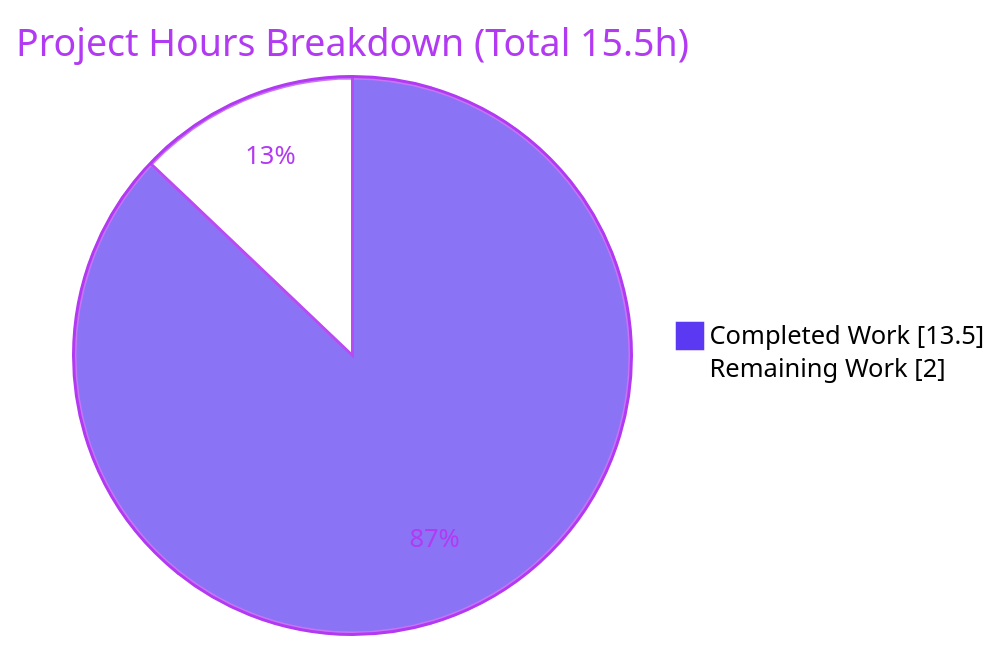
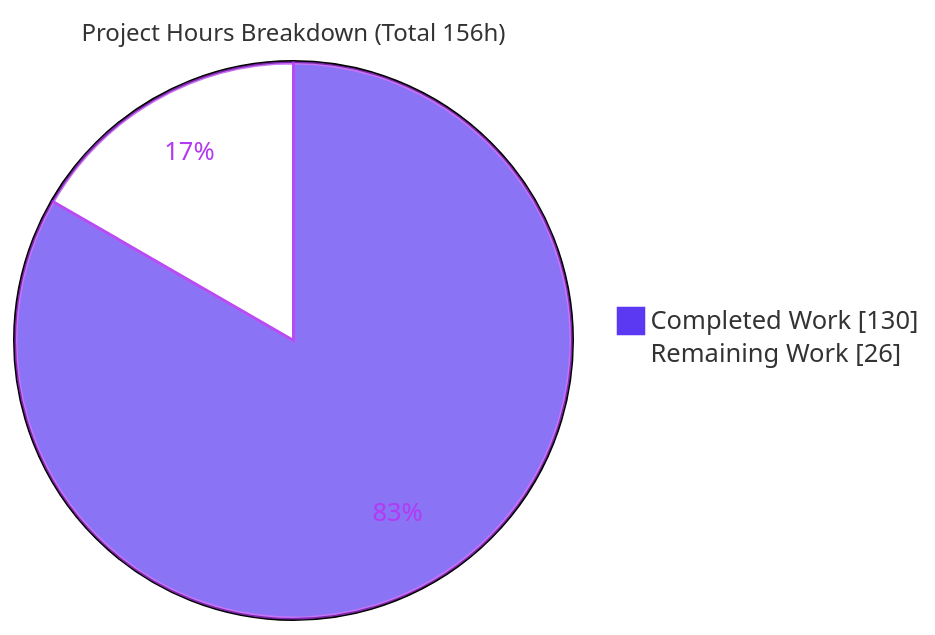
One commit to Blitzy-Sandbox/Cataclysm-DDA changed the second of 3 diagrams in blitzy/documentation/Project Guide.md. Above: the diagram before and after it, drawn with Mermaid. The commit also changed other lines of this file, not shown here.

Commit message:
Adding Blitzy Project Guide: Project Status and Human Tasks Remaining

````diff
--- a/blitzy/documentation/Project Guide.md
+++ b/blitzy/documentation/Project Guide.md
@@ -173,6 +208,6 @@
 ```mermaid
-%%{init: {'theme':'base','themeVariables':{'pie1':'#5B39F3','pie2':'#FFFFFF','pieStrokeColor':'#B23AF2','pieOuterStrokeColor':'#B23AF2','pieTitleTextColor':'#B23AF2','pieSectionTextColor':'#B23AF2','pieLegendTextColor':'#000000'}}}%%
-pie showData title Project Hours Breakdown (Total 15.5h)
-    "Completed Work" : 13.5
-    "Remaining Work" : 2.0
+%%{init: {'theme':'base', 'themeVariables': {'pie1':'#5B39F3','pie2':'#FFFFFF','pieStrokeColor':'#B23AF2','pieStrokeWidth':'2px','pieOuterStrokeWidth':'2px','pieTitleTextSize':'16px','pieSectionTextColor':'#B23AF2'}}}%%
+pie showData title Project Hours Breakdown (Total 156h)
+    "Completed Work" : 130
+    "Remaining Work" : 26
 ```
````
